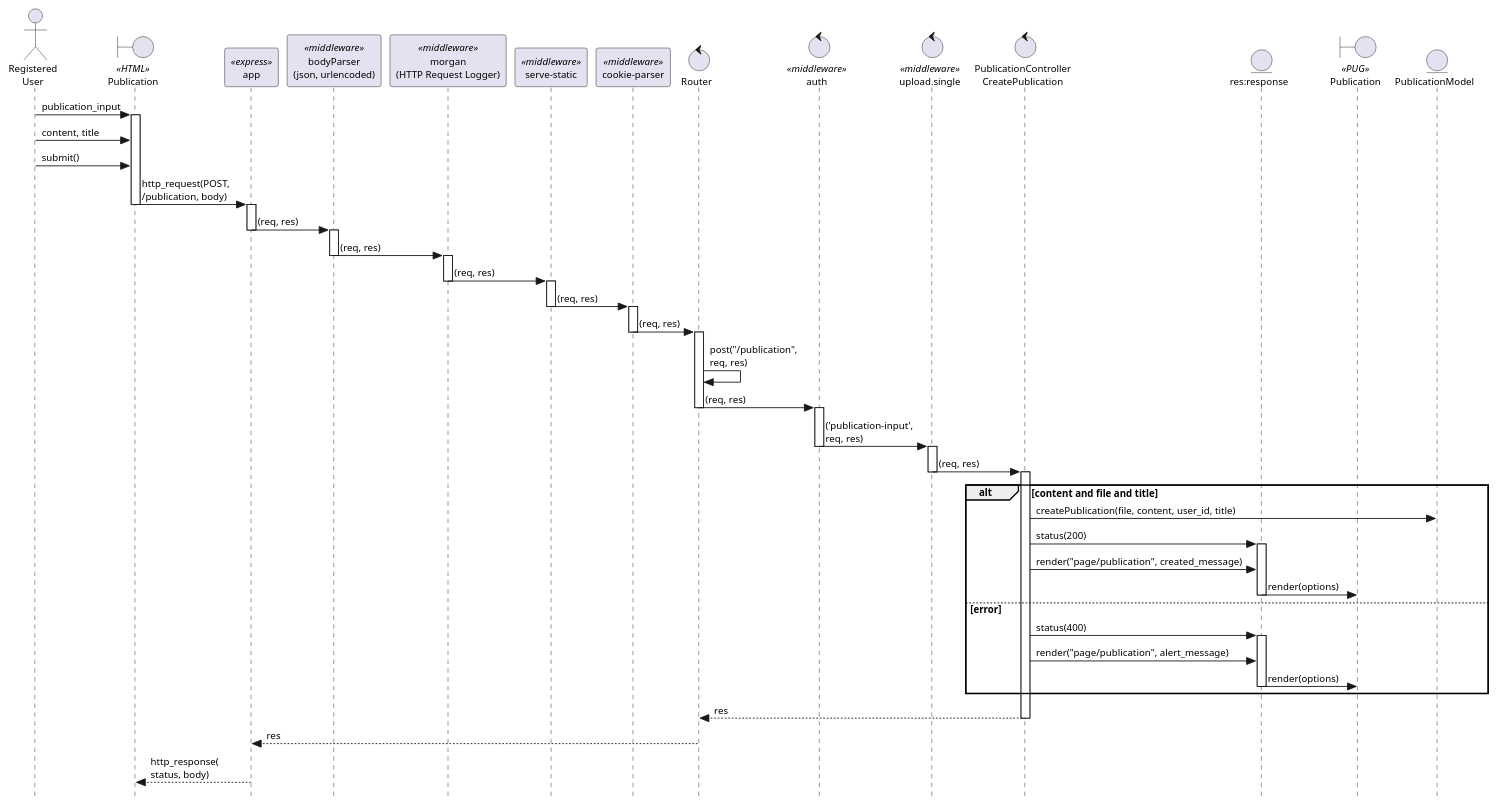
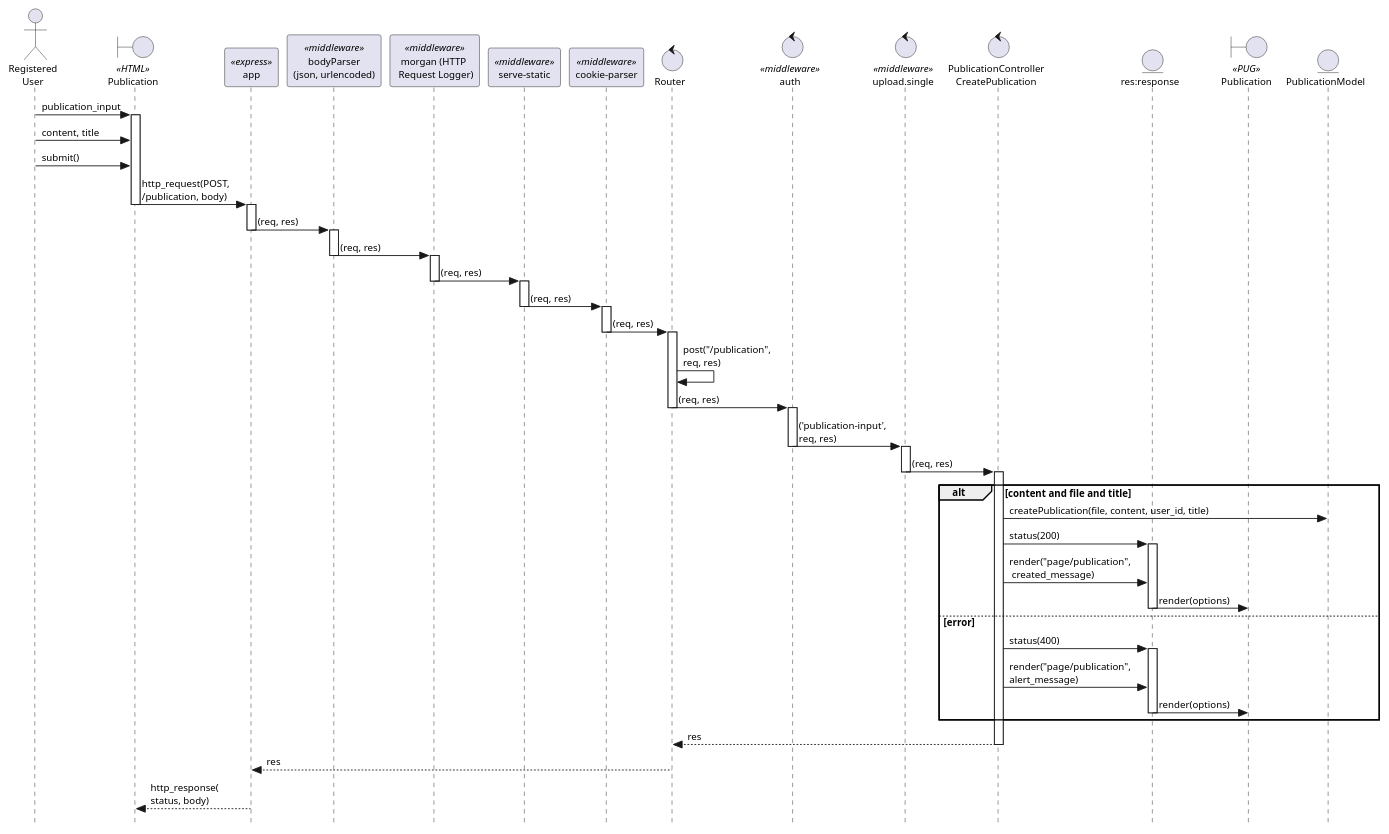
The diagram in logicalView/designView/express/usecaseDesign/interactionsSequenceUC7.plantuml (mpaulaherrero/tesis-frameworks-backend-diagrams), drawn with PlantUML before and after one commit.

Commit message:
mas angosto

```diff
--- a/logicalView/designView/express/usecaseDesign/interactionsSequenceUC7.plantuml
+++ b/logicalView/designView/express/usecaseDesign/interactionsSequenceUC7.plantuml
@@ -1,79 +1,79 @@
 @startuml
 skinparam style strictuml
 skinparam defaultFontSize 11
 skinparam stereotypePosition top
 
 actor "Registered\nUser" as UserReg
 
 boundary "Publication" as PublicationHtml << HTML >>
 
 participant app << express >>
 participant "bodyParser\n(json, urlencoded)" as bodyParser << middleware >>
-participant "morgan\n(HTTP Request Logger)" as morgan << middleware >>
+participant "morgan (HTTP \n Request Logger)" as morgan << middleware >>
 participant "serve-static" as serveStatic << middleware >>
 participant "cookie-parser" as cookieParser << middleware >>
 
 control Router
 
 control auth << middleware >>
 control "upload.single" as uploadSingle << middleware >>
 
 control "PublicationController\nCreatePublication" as CreatePublicationController
 
 entity "res:response" as response
 boundary "Publication" as PublicationDetailView << PUG >>
 entity PublicationModel
 
 UserReg -> PublicationHtml: publication_input
 activate PublicationHtml
 UserReg -> PublicationHtml: content, title
 UserReg -> PublicationHtml: submit()
 PublicationHtml -> app: http_request(POST, \n/publication, body)
 deactivate PublicationHtml
 activate app
 app -> bodyParser: (req, res)
 deactivate app
 activate bodyParser
 bodyParser -> morgan: (req, res)
 deactivate bodyParser
 activate morgan
 morgan -> serveStatic: (req, res)
 deactivate morgan
 activate serveStatic
 serveStatic -> cookieParser: (req, res)
 deactivate serveStatic
 activate cookieParser
 cookieParser -> Router: (req, res)
 deactivate cookieParser
 activate Router
 Router -> Router: post("/publication", \nreq, res)
 Router -> auth: (req, res)
 deactivate Router
 activate auth
 auth -> uploadSingle: ('publication-input',\nreq, res)
 deactivate auth
 activate uploadSingle
 uploadSingle -> CreatePublicationController: (req, res)
 deactivate uploadSingle
 activate CreatePublicationController
 alt content and file and title
     CreatePublicationController -> PublicationModel: createPublication(file, content, user_id, title)
     CreatePublicationController -> response: status(200)
     activate response
-    CreatePublicationController -> response: render("page/publication", created_message)
+    CreatePublicationController -> response: render("page/publication", \n created_message)
     response -> PublicationDetailView: render(options)
     deactivate response
 else error
     CreatePublicationController -> response: status(400)
     activate response
-    CreatePublicationController -> response: render("page/publication", alert_message)
+    CreatePublicationController -> response: render("page/publication", \nalert_message)
     response -> PublicationDetailView: render(options)
     deactivate response
 end
 
 CreatePublicationController --> Router: res
 deactivate CreatePublicationController
 Router --> app: res
 app --> PublicationHtml: http_response(\nstatus, body)
 
 @enduml
```
